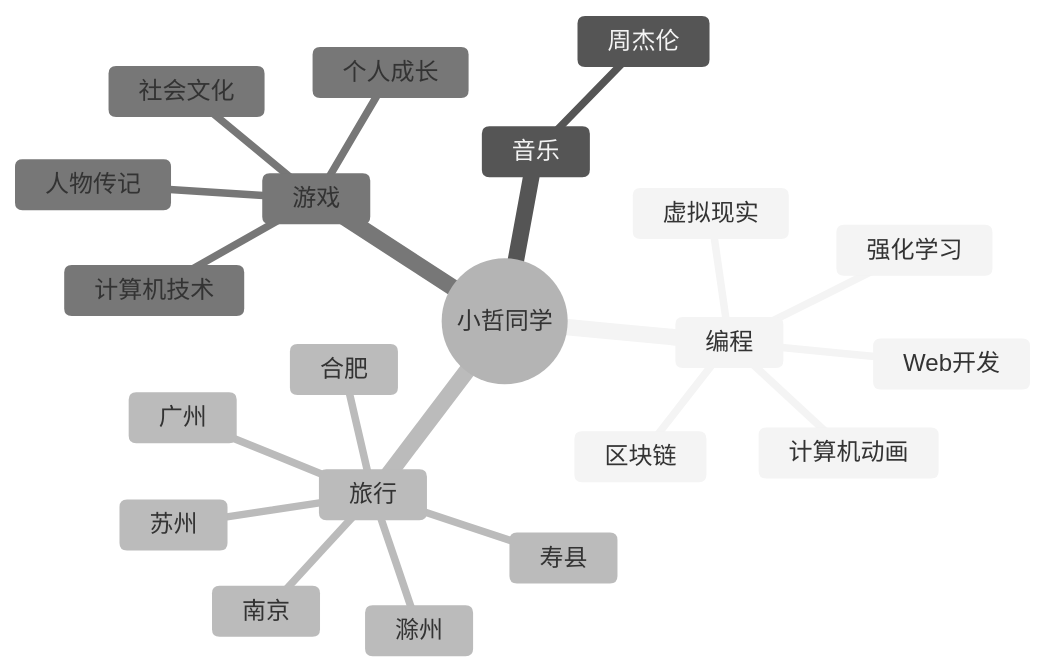
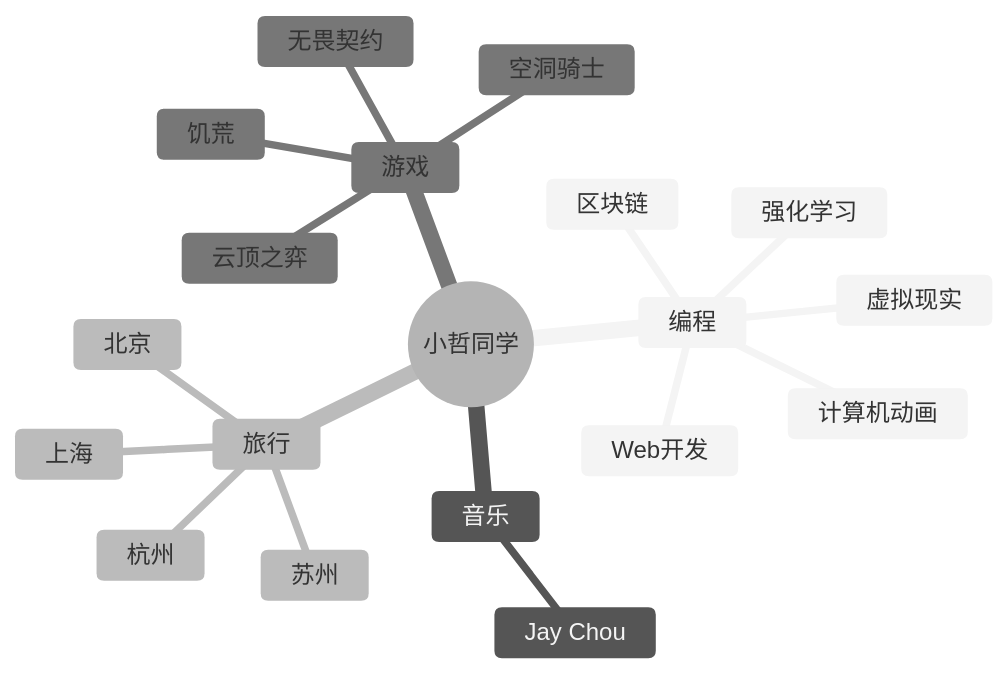
The diagram in README.md (HiXiaozhe/HiXiaozhe), drawn with Mermaid (neutral theme) before and after one commit. The commit also changed other lines of this file, not shown here.

````diff
--- a/README.md
+++ b/README.md
@@ -89,24 +89,22 @@
 ```mermaid
 mindmap
   root((小哲同学))
     编程
       Web开发
       强化学习
       区块链
       计算机动画
       虚拟现实
     音乐
-      周杰伦
+      Jay Chou
     旅行
-      广州
+      杭州
       苏州
-      南京
-      滁州
-      合肥
-      寿县
+      上海
+      北京
     游戏
-      人物传记
-      个人成长
-      社会文化
-      计算机技术
+      无畏契约
+      云顶之弈
+      空洞骑士
+      饥荒
 ```
````
